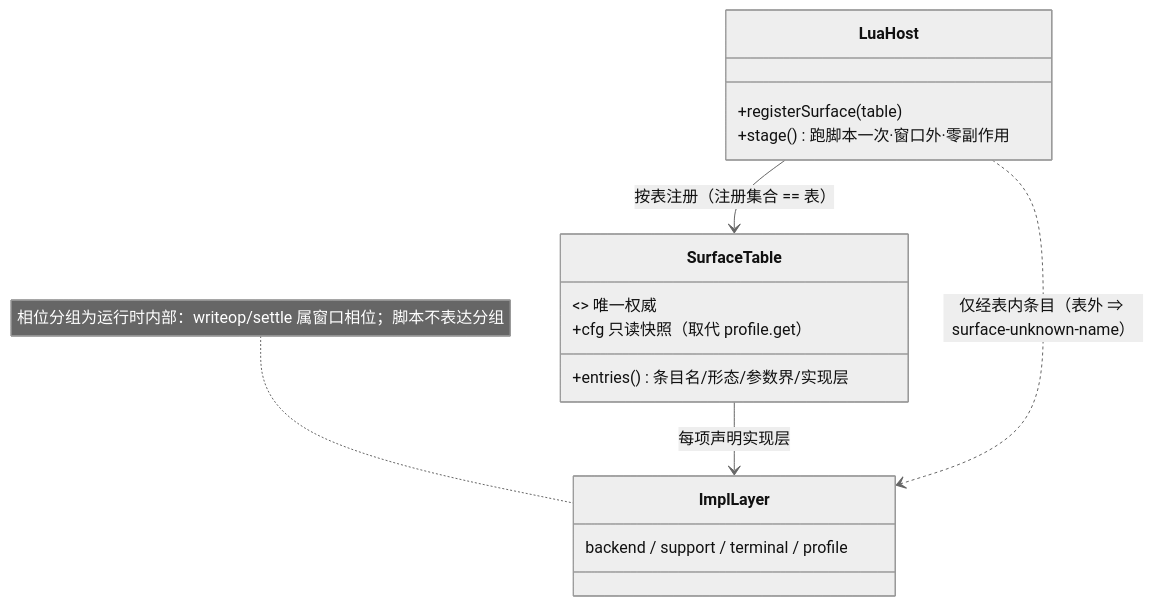
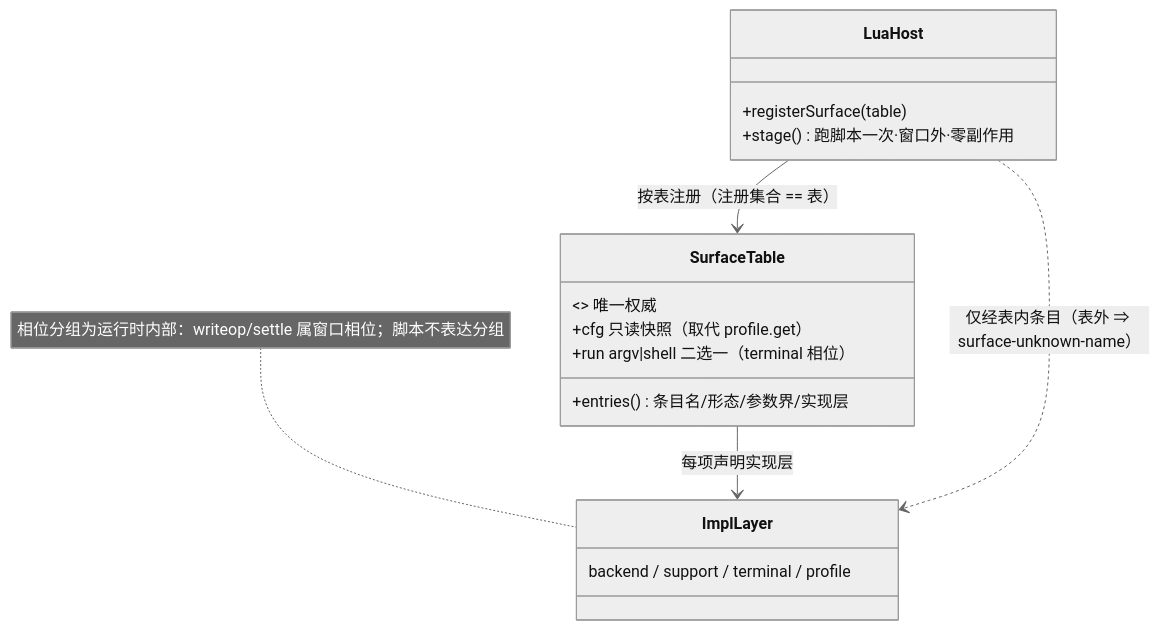
Before and after one commit to YuKongA/ghostlock-app: diagram 12 of 17 in docs/development/full-process-uml.md, drawn with Mermaid (neutral theme). The commit also changed other lines of this file and 4 other files, not shown here.

````diff
--- a/docs/development/full-process-uml.md
+++ b/docs/development/full-process-uml.md
@@ -679,19 +682,20 @@
 ```mermaid
 classDiagram
   class LuaHost {
     +registerSurface(table)
     +stage() 跑脚本一次·窗口外·零副作用
   }
   class SurfaceTable {
     <<constexpr>> 唯一权威
     +entries() 条目名/形态/参数界/实现层
     +cfg 只读快照（取代 profile.get）
+    +run argv|shell 二选一（terminal 相位）
   }
   class ImplLayer {
     backend / support / terminal / profile
   }
   LuaHost --> SurfaceTable : 按表注册（注册集合 == 表）
   SurfaceTable --> ImplLayer : 每项声明实现层
   LuaHost ..> ImplLayer : 仅经表内条目（表外 ⇒ surface-unknown-name）
   note for ImplLayer "相位分组为运行时内部：writeop/settle 属窗口相位；脚本不表达分组"
 ```
````
